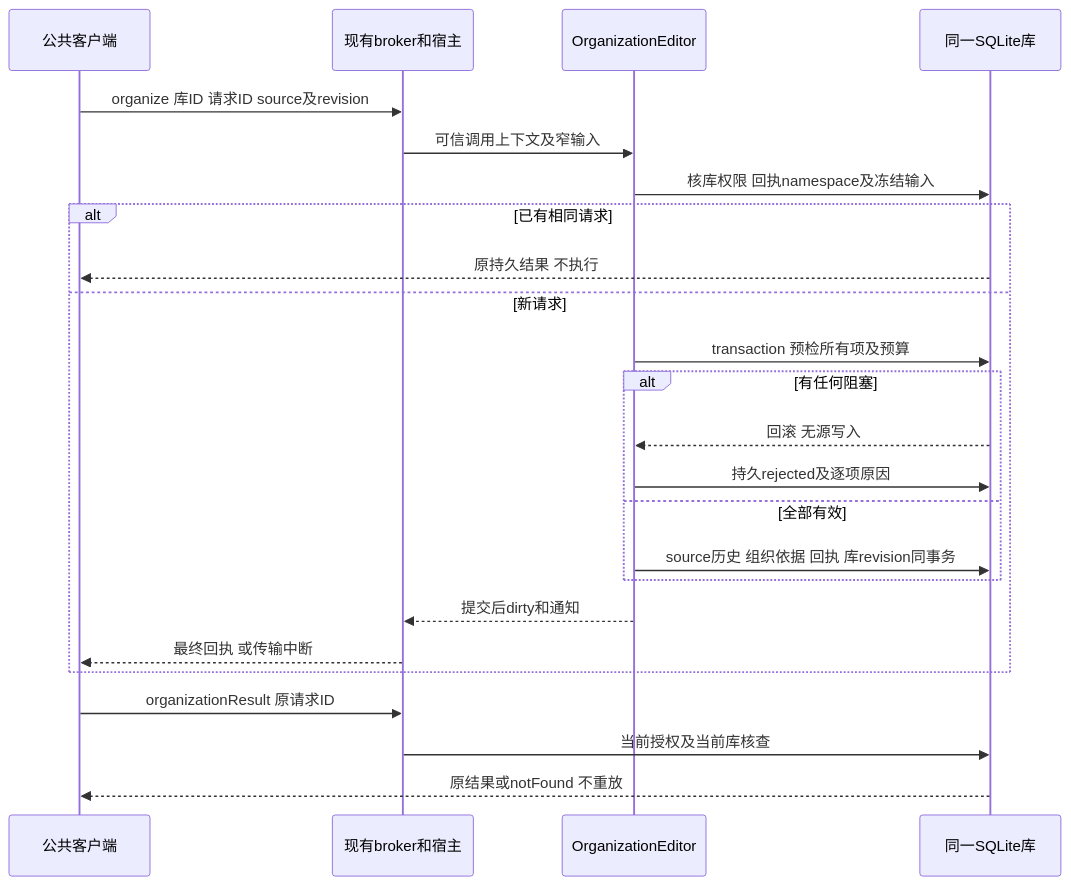
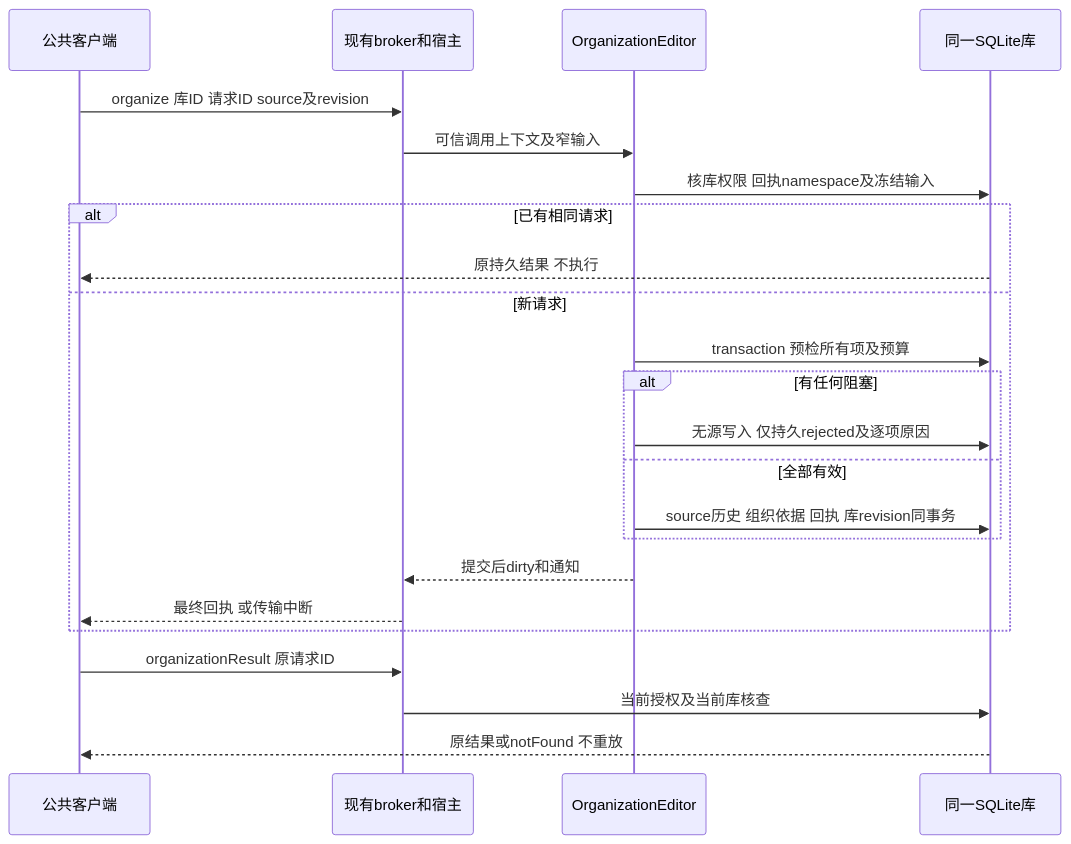
One commit to leike0813/Scholoom changed the second of 2 diagrams in openspec/changes/complete-library-organization/design.md. Above: the diagram before and after it, drawn with Mermaid. The commit also changed other lines of this file and 14 other files, not shown here.

````diff
--- a/openspec/changes/complete-library-organization/design.md
+++ b/openspec/changes/complete-library-organization/design.md
@@ -65,26 +65,25 @@
 ```mermaid
 sequenceDiagram
   participant C as 公共客户端
   participant H as 现有broker和宿主
   participant O as OrganizationEditor
   participant D as 同一SQLite库
   C->>H: organize 库ID 请求ID source及revision
   H->>O: 可信调用上下文及窄输入
   O->>D: 核库权限 回执namespace及冻结输入
   alt 已有相同请求
     D-->>C: 原持久结果 不执行
   else 新请求
     O->>D: transaction 预检所有项及预算
     alt 有任何阻塞
-      D-->>O: 回滚 无源写入
-      O->>D: 持久rejected及逐项原因
+      O->>D: 无源写入 仅持久rejected及逐项原因
     else 全部有效
       O->>D: source历史 组织依据 回执 库revision同事务
     end
     O-->>H: 提交后dirty和通知
     H-->>C: 最终回执 或传输中断
   end
   C->>H: organizationResult 原请求ID
   H->>D: 当前授权及当前库核查
   D-->>C: 原结果或notFound 不重放
 ```
````
